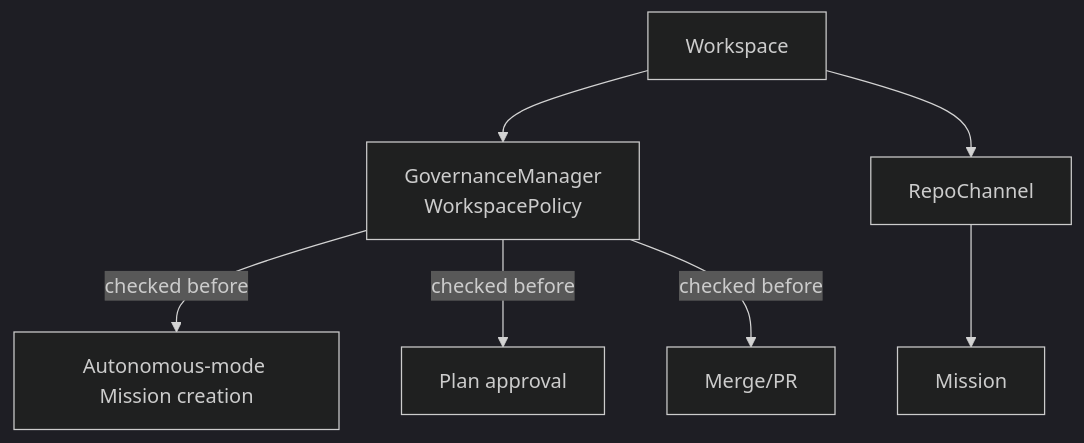
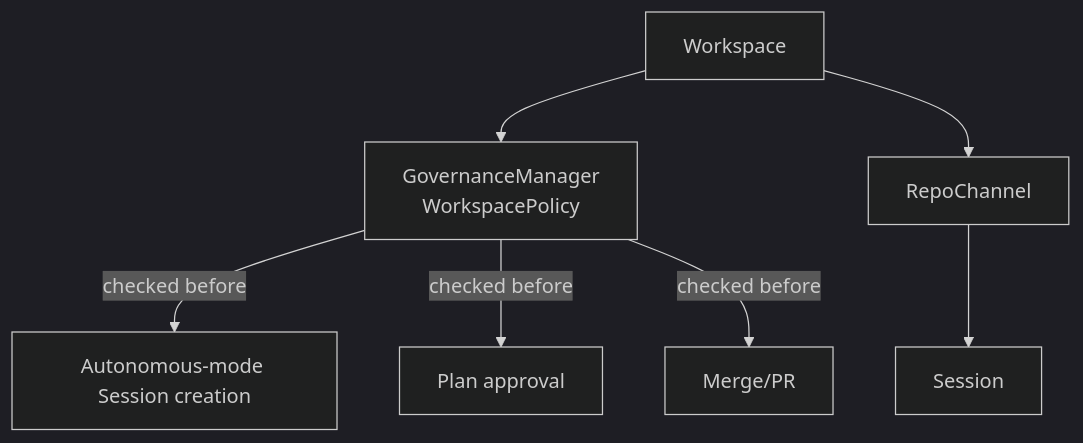
The diagram in docs/017-Workspace-Manager.md (OPEN-CID/cid), drawn with Mermaid (dark theme) before and after one commit. The commit also changed other lines of this file and 167 other files, not shown here.

````diff
--- a/docs/017-Workspace-Manager.md
+++ b/docs/017-Workspace-Manager.md
@@ -25,9 +25,9 @@
 ```mermaid
 graph TB
   WS["Workspace"] --> Policy["GovernanceManager<br/>WorkspacePolicy"]
   WS --> Repo["RepoChannel"]
-  Repo --> Mission["Mission"]
-  Policy -->|checked before| Autonomous["Autonomous-mode Mission creation"]
+  Repo --> Session["Session"]
+  Policy -->|checked before| Autonomous["Autonomous-mode Session creation"]
   Policy -->|checked before| Approve["Plan approval"]
   Policy -->|checked before| Merge["Merge/PR"]
 ```
````
